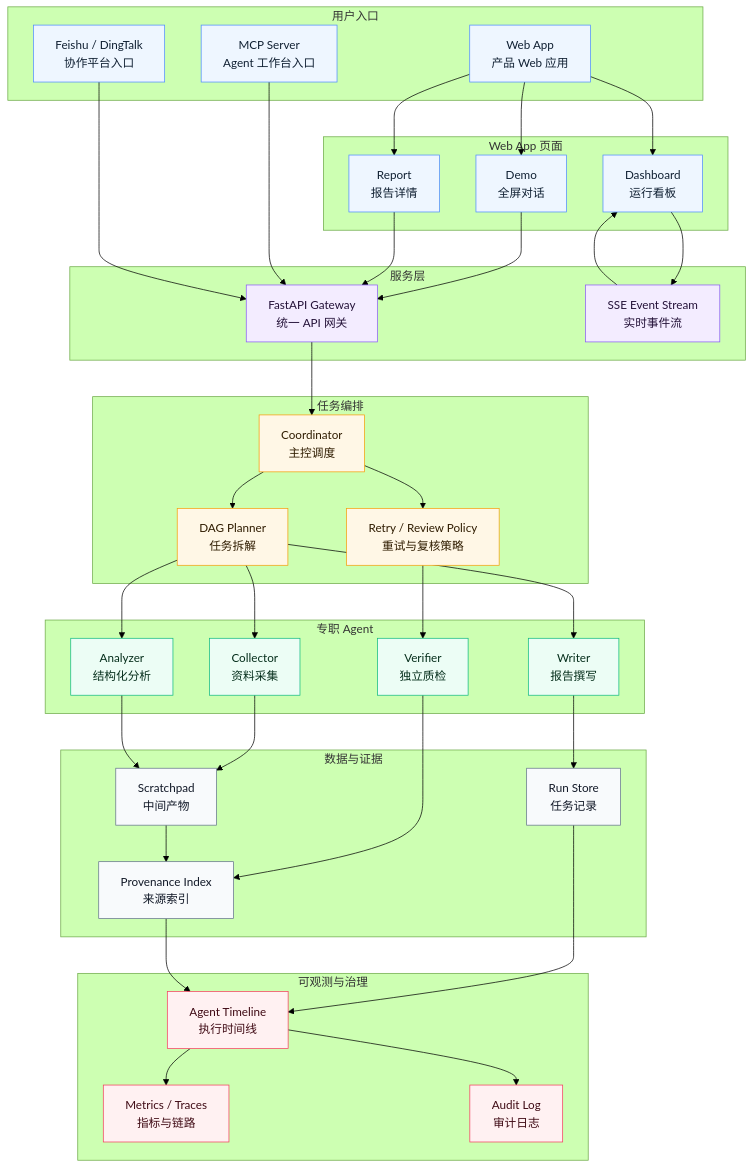
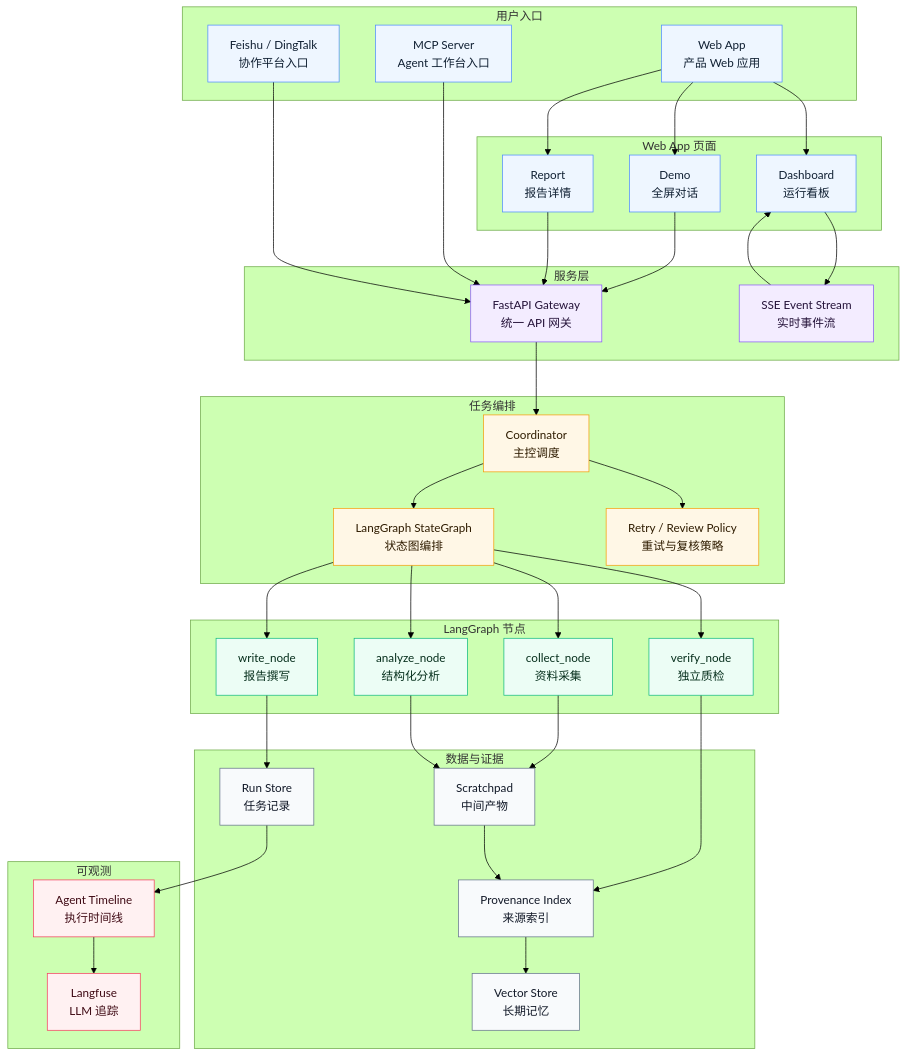
The diagram in README.md (St3pXX/CompEyeAgent), drawn with Mermaid (forest theme) before and after one commit. The commit also changed other lines of this file and 3 other files, not shown here.

````diff
--- a/README.md
+++ b/README.md
@@ -44,27 +44,27 @@
 
     subgraph Core["任务编排"]
         Coordinator["Coordinator<br/>主控调度"]
-        DAG["DAG Planner<br/>任务拆解"]
+        Graph["LangGraph StateGraph<br/>状态图编排"]
         Policy["Retry / Review Policy<br/>重试与复核策略"]
     end
 
-    subgraph Agents["专职 Agent"]
-        Collector["Collector<br/>资料采集"]
-        Analyzer["Analyzer<br/>结构化分析"]
-        Writer["Writer<br/>报告撰写"]
-        Verifier["Verifier<br/>独立质检"]
+    subgraph Nodes["LangGraph 节点"]
+        Collect["collect_node<br/>资料采集"]
+        Analyze["analyze_node<br/>结构化分析"]
+        Write["write_node<br/>报告撰写"]
+        Verify["verify_node<br/>独立质检"]
     end
 
     subgraph Memory["数据与证据"]
         Scratchpad["Scratchpad<br/>中间产物"]
         RunStore["Run Store<br/>任务记录"]
         Provenance["Provenance Index<br/>来源索引"]
+        VectorStore["Vector Store<br/>长期记忆"]
     end
 
-    subgraph Ops["可观测与治理"]
+    subgraph Obs["可观测"]
+        Langfuse["Langfuse<br/>LLM 追踪"]
         Timeline["Agent Timeline<br/>执行时间线"]
-        Metrics["Metrics / Traces<br/>指标与链路"]
-        Audit["Audit Log<br/>审计日志"]
     end
 
     Web --> Demo
@@ -76,34 +76,33 @@
     MCP --> Gateway
     Collab --> Gateway
     Gateway --> Coordinator
-    Coordinator --> DAG
+    Coordinator --> Graph
     Coordinator --> Policy
-    DAG --> Collector
-    DAG --> Analyzer
-    DAG --> Writer
-    Policy --> Verifier
-    Collector --> Scratchpad
-    Analyzer --> Scratchpad
-    Writer --> RunStore
-    Verifier --> Provenance
+    Graph --> Collect
+    Graph --> Analyze
+    Graph --> Write
+    Graph --> Verify
+    Collect --> Scratchpad
+    Analyze --> Scratchpad
+    Write --> RunStore
+    Verify --> Provenance
     Scratchpad --> Provenance
     RunStore --> Timeline
-    Provenance --> Timeline
+    Provenance --> VectorStore
     Stream --> Dash
-    Timeline --> Metrics
-    Timeline --> Audit
+    Timeline --> Langfuse
 
     classDef entry fill:#eef6ff,stroke:#4f8cff,color:#102033
     classDef service fill:#f3ecff,stroke:#8b5cf6,color:#241239
     classDef core fill:#fff7e6,stroke:#f59e0b,color:#2f1c00
-    classDef agent fill:#ecfdf5,stroke:#10b981,color:#052e1b
+    classDef node fill:#ecfdf5,stroke:#10b981,color:#052e1b
     classDef data fill:#f8fafc,stroke:#64748b,color:#111827
-    classDef ops fill:#fff1f2,stroke:#f43f5e,color:#3f0a14
+    classDef obs fill:#fff1f2,stroke:#f43f5e,color:#3f0a14
 
     class Web,MCP,Collab,Demo,Dash,Report entry
     class Gateway,Stream service
-    class Coordinator,DAG,Policy core
-    class Collector,Analyzer,Writer,Verifier agent
-    class Scratchpad,RunStore,Provenance data
-    class Timeline,Metrics,Audit ops
+    class Coordinator,Graph,Policy core
+    class Collect,Analyze,Write,Verify node
+    class Scratchpad,RunStore,Provenance,VectorStore data
+    class Timeline,Langfuse obs
 ```
````
